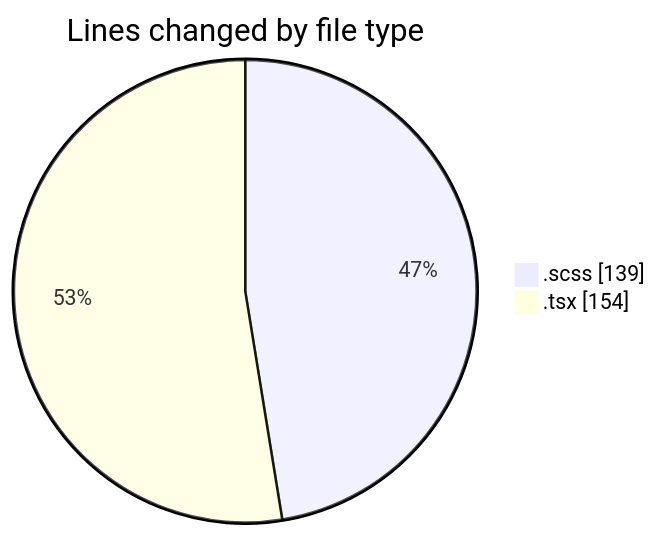
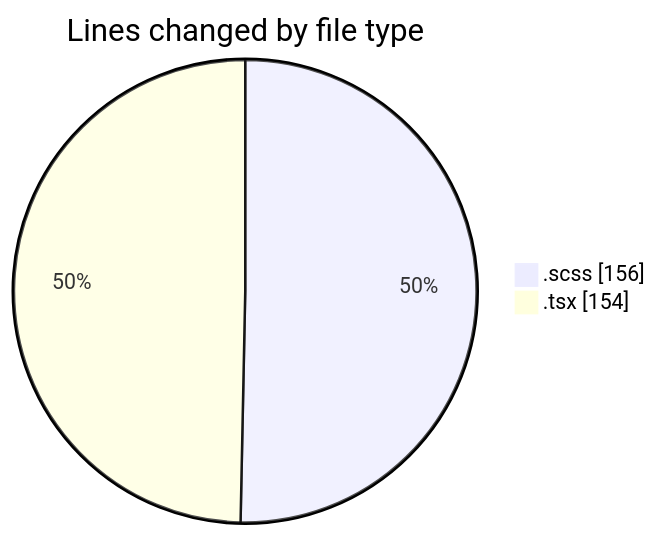
One commit to momahboobian/code-tracking changed the first of 2 diagrams in 2025-03-04/cda/README.md. Above: the diagram before and after it, drawn with Mermaid. The commit also changed other lines of this file and 1 other file, not shown here.

````diff
--- a/2025-03-04/cda/README.md
+++ b/2025-03-04/cda/README.md
@@ -23,6 +23,6 @@
 ```mermaid
 pie showData
 title Lines changed by file type
-".scss" : 139
+".scss" : 156
 ".tsx" : 154
 ```
````
